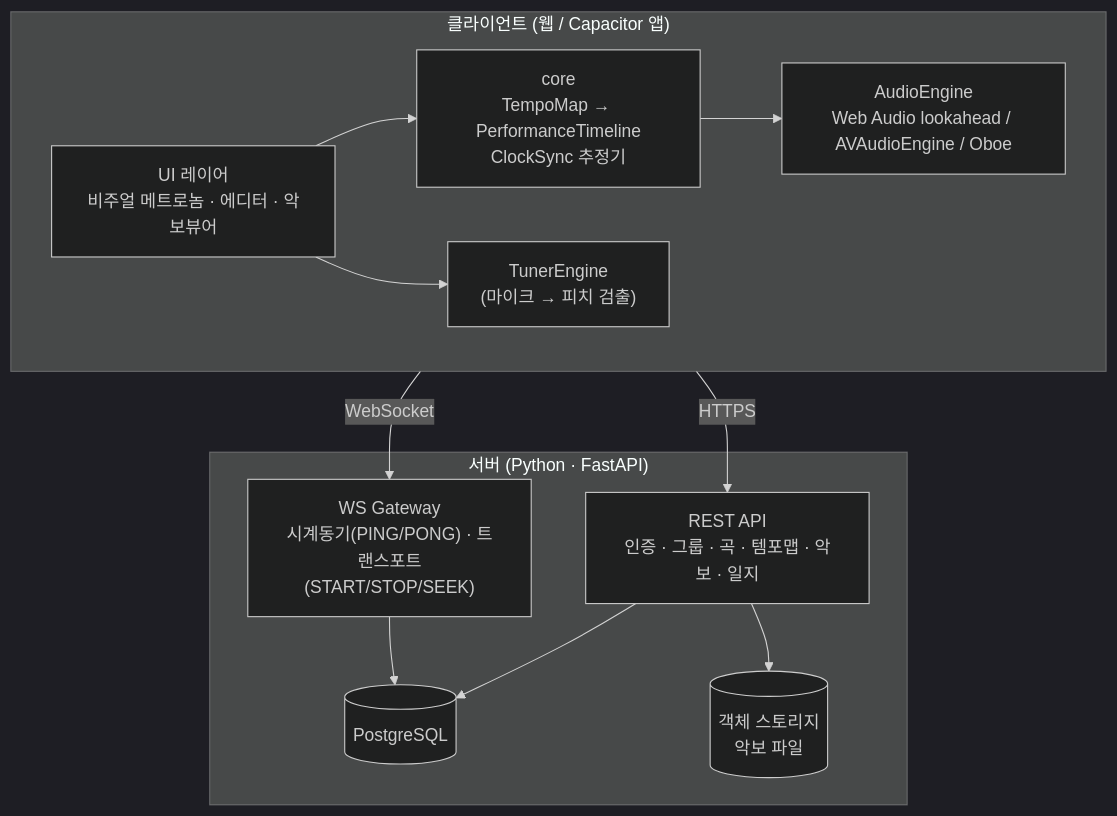
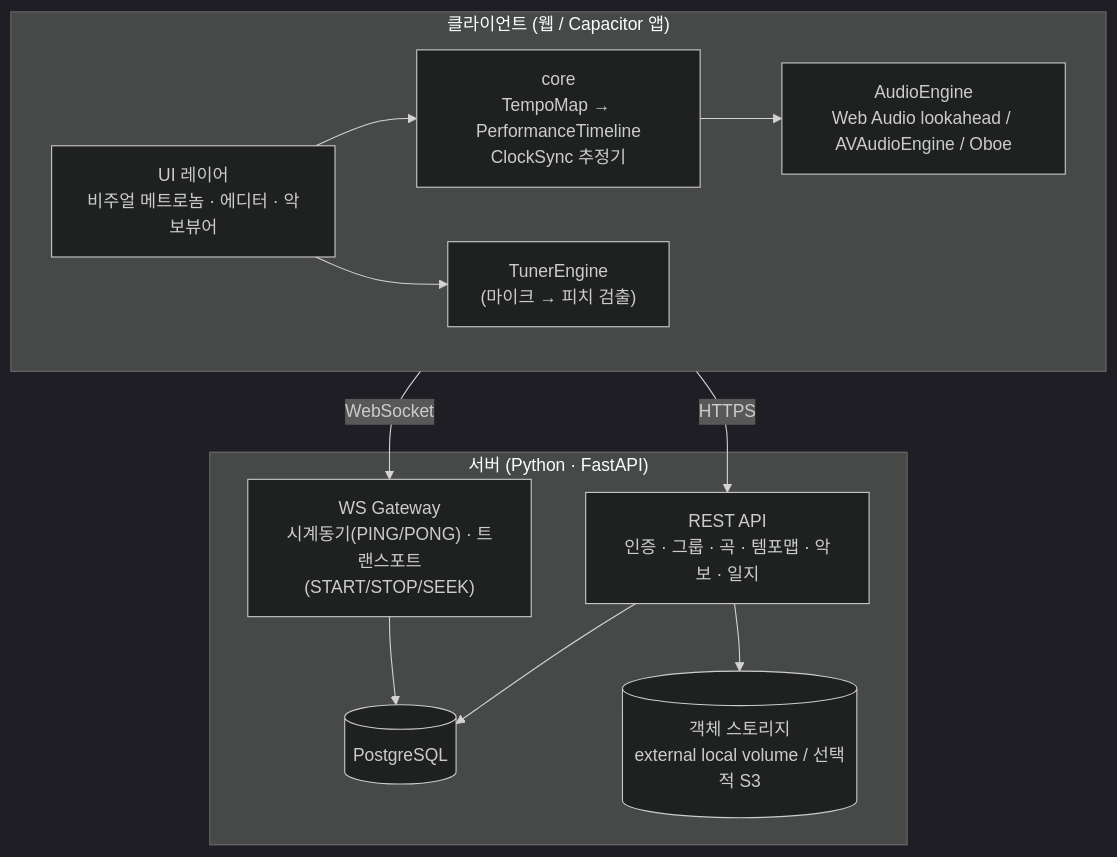
Before and after one commit to facio313/FeelMyRythm: the first of 3 diagrams in docs/DESIGN.md, drawn with Mermaid (dark theme). The commit also changed other lines of this file and 29 other files, not shown here.

````diff
--- a/docs/DESIGN.md
+++ b/docs/DESIGN.md
@@ -109,23 +109,23 @@
 ```mermaid
 graph TB
     subgraph Client["클라이언트 (웹 / Capacitor 앱)"]
         UI["UI 레이어<br/>비주얼 메트로놈 · 에디터 · 악보뷰어"]
         CORE["core<br/>TempoMap → PerformanceTimeline<br/>ClockSync 추정기"]
         AE["AudioEngine<br/>Web Audio lookahead / AVAudioEngine / Oboe"]
         TUNER["TunerEngine<br/>(마이크 → 피치 검출)"]
         UI --> CORE
         CORE --> AE
         UI --> TUNER
     end
     subgraph Server["서버 (Python · FastAPI)"]
         REST["REST API<br/>인증 · 그룹 · 곡 · 템포맵 · 악보 · 일지"]
         WS["WS Gateway<br/>시계동기(PING/PONG) · 트랜스포트(START/STOP/SEEK)"]
         DB[("PostgreSQL")]
-        S3[("객체 스토리지<br/>악보 파일")]
+        S3[("객체 스토리지<br/>external local volume / 선택적 S3")]
         REST --> DB
         REST --> S3
         WS --> DB
     end
     Client -- HTTPS --> REST
     Client -- WebSocket --> WS
 ```
````
